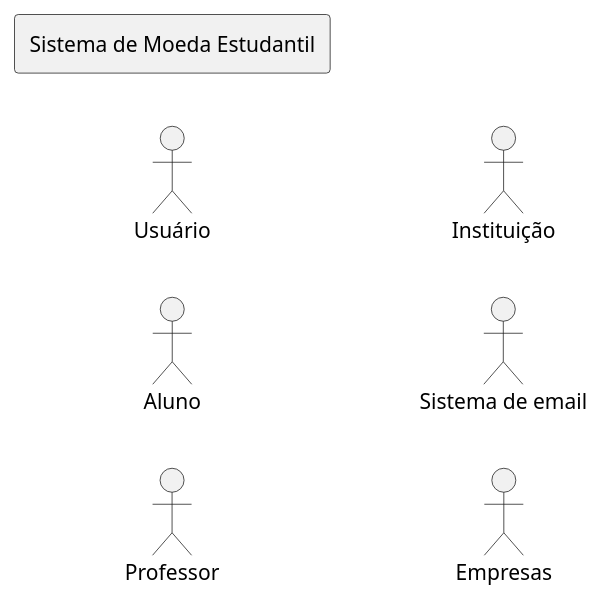
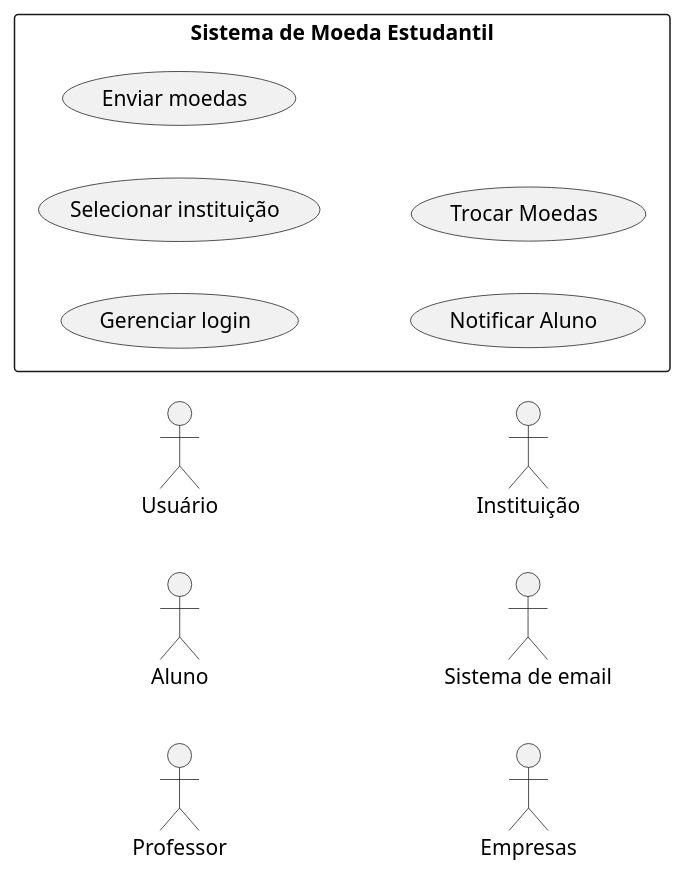
One commit to brunokilo/lab03-projetoSoftware changed the diagram in caso-de-uso.puml. Above: the diagram before and after it, drawn with PlantUML.

Commit message:
docs: atualiza diagrama de caso de uso com novos casos para o Sistema de Moeda Estudantil

```diff
--- a/caso-de-uso.puml
+++ b/caso-de-uso.puml
@@ -1,15 +1,19 @@
 @startuml
 left to right direction
 skinparam packageStyle rectangle
 
 actor "Usuário" as Usuario
 actor  Aluno
 actor  Professor
 actor "Instituição" as Instituicao
 actor "Sistema de email" as Sistema_de_email
 actor Empresas
 
 rectangle "Sistema de Moeda Estudantil" {
-
+    usecase "Gerenciar login" as UC01 
+    usecase "Selecionar instituição" as UC02 
+    usecase "Enviar moedas" as UC03 
+    usecase "Notificar Aluno" as UC04 
+    usecase "Trocar Moedas" as UC05
 }
 @enduml
```
